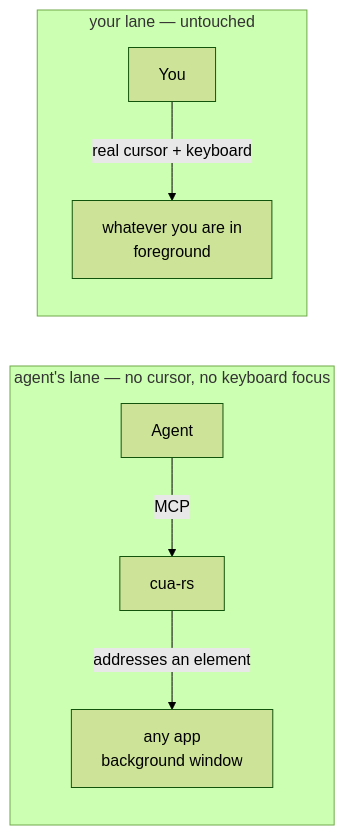
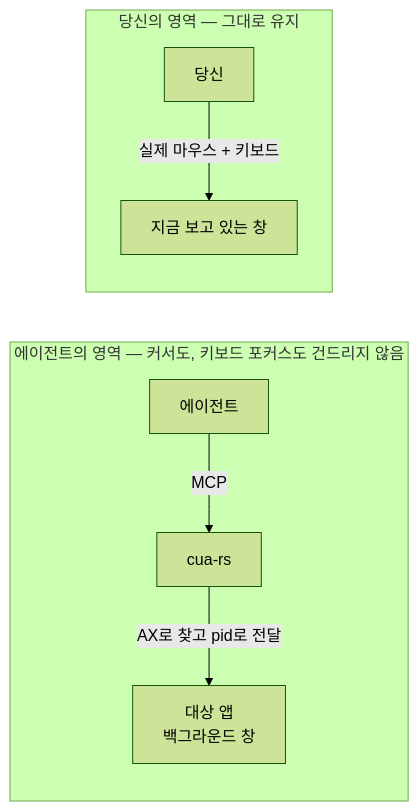
The diagram in README.md (maestrojeong/cua-rs-mcp), drawn with Mermaid (forest theme) before and after one commit. The commit also changed other lines of this file and 7 other files, not shown here.

````diff
--- a/README.md
+++ b/README.md
@@ -16,9 +30,9 @@
 ```mermaid
 flowchart LR
-    subgraph agent["agent's lane — no cursor, no keyboard focus"]
-        A["Agent"] -->|MCP| M["cua-rs"] -->|"addresses an element"| B["any app<br/>background window"]
+    subgraph agent["에이전트의 영역 — 커서도, 키보드 포커스도 건드리지 않음"]
+        A["에이전트"] -->|MCP| M["cua-rs"] -->|"AX로 찾고 pid로 전달"| B["대상 앱<br/>백그라운드 창"]
     end
-    subgraph human["your lane — untouched"]
-        H["You"] -->|"real cursor + keyboard"| F["whatever you are in<br/>foreground"]
+    subgraph human["당신의 영역 — 그대로 유지"]
+        H["당신"] -->|"실제 마우스 + 키보드"| F["지금 보고 있는 창"]
     end
 ```
````
